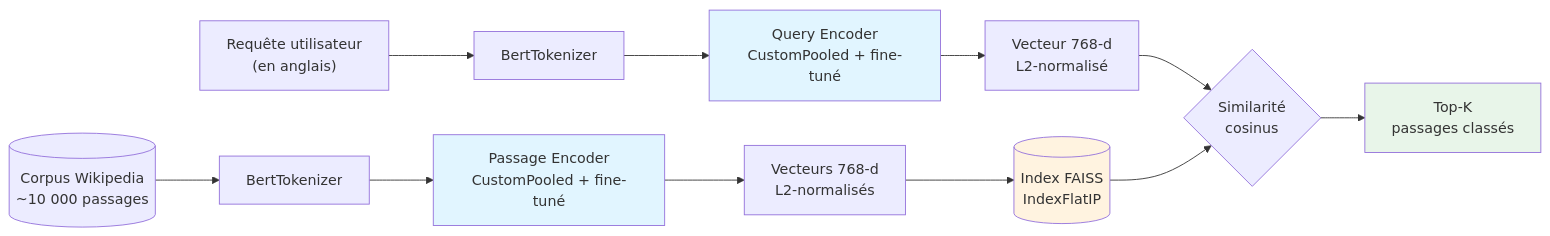
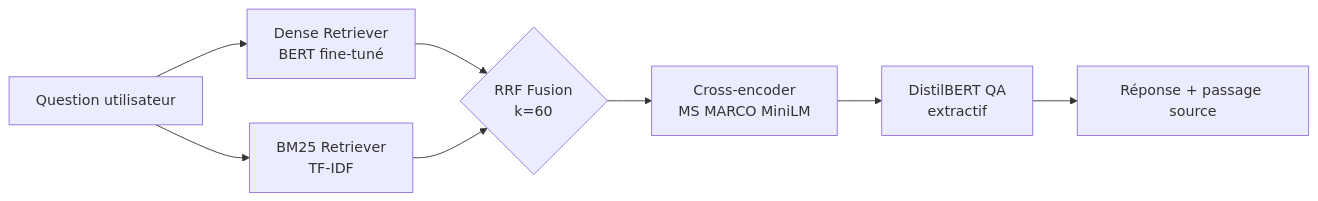
One commit to sandraFogang/semantic-search-bert-finetuning changed the diagram in README.md. Above: the diagram before and after it, drawn with Mermaid. The commit also changed other lines of this file and 3 other files, not shown here.

Commit message:
Update README with detailed architecture and hyperparameter visualizations

````diff
--- a/README.md
+++ b/README.md
@@ -52,20 +26,10 @@
 ```mermaid
 flowchart LR
-    Q["Requête utilisateur<br/>(en anglais)"] --> QT["BertTokenizer"]
-    QT --> QE["Query Encoder<br/>CustomPooled + fine-tuné"]
-    QE --> QV["Vecteur 768-d<br/>L2-normalisé"]
-
-    C[("Corpus Wikipedia<br/>~10 000 passages")] --> PT["BertTokenizer"]
-    PT --> PE["Passage Encoder<br/>CustomPooled + fine-tuné"]
-    PE --> PV["Vecteurs 768-d<br/>L2-normalisés"]
-    PV --> IDX[("Index FAISS<br/>IndexFlatIP")]
-
-    QV --> SIM{Similarité<br/>cosinus}
-    IDX --> SIM
-    SIM --> R["Top-K<br/>passages classés"]
-
-    style QE fill:#e1f5ff
-    style PE fill:#e1f5ff
-    style IDX fill:#fff3e0
-    style R fill:#e8f5e9
+    Q[Question utilisateur] --> D[Dense Retriever<br/>BERT fine-tuné]
+    Q --> B[BM25 Retriever<br/>TF-IDF]
+    D --> R{RRF Fusion<br/>k=60}
+    B --> R
+    R --> X[Cross-encoder<br/>MS MARCO MiniLM]
+    X --> A[DistilBERT QA<br/>extractif]
+    A --> O[Réponse + passage source]
 ```
````
